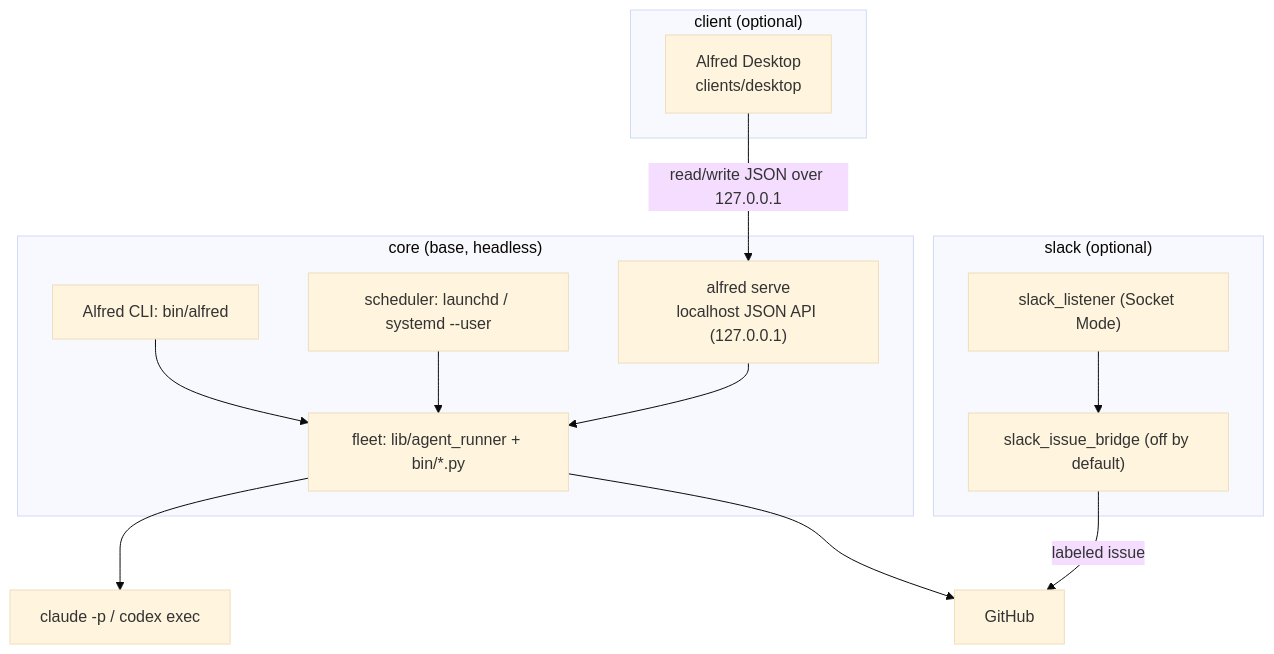
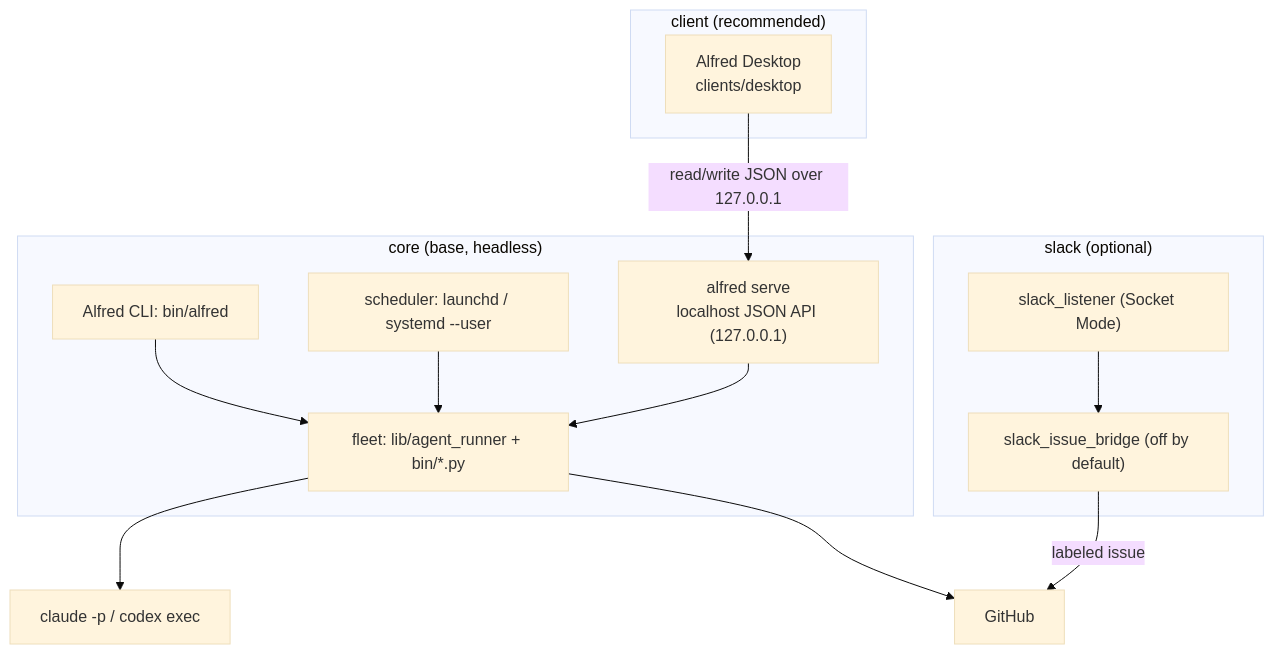
Before and after one commit to luminik-io/alfred-os: the diagram in site/src/content/docs/concepts/layered-install.md, drawn with Mermaid (base theme). The commit also changed other lines of this file and 38 other files, not shown here.

````diff
--- a/site/src/content/docs/concepts/layered-install.md
+++ b/site/src/content/docs/concepts/layered-install.md
@@ -8,30 +11,30 @@
 ```mermaid
 flowchart TB
     subgraph core["core (base, headless)"]
         fleet["fleet: lib/agent_runner + bin/*.py"]
         cli["Alfred CLI: bin/alfred"]
         sched["scheduler: launchd / systemd --user"]
         serve["alfred serve<br/>localhost JSON API (127.0.0.1)"]
     end
 
-    subgraph client["client (optional)"]
+    subgraph client["client (recommended)"]
         desktop["Alfred Desktop<br/>clients/desktop"]
     end
 
     subgraph slack["slack (optional)"]
         listener["slack_listener (Socket Mode)"]
         bridge["slack_issue_bridge (off by default)"]
     end
 
     gh["GitHub"]
     engines["claude -p / codex exec"]
 
     fleet --> engines
     fleet --> gh
     cli --> fleet
     sched --> fleet
     serve --> fleet
     desktop -->|read/write JSON over 127.0.0.1| serve
     listener --> bridge
     bridge -->|labeled issue| gh
 ```
````
